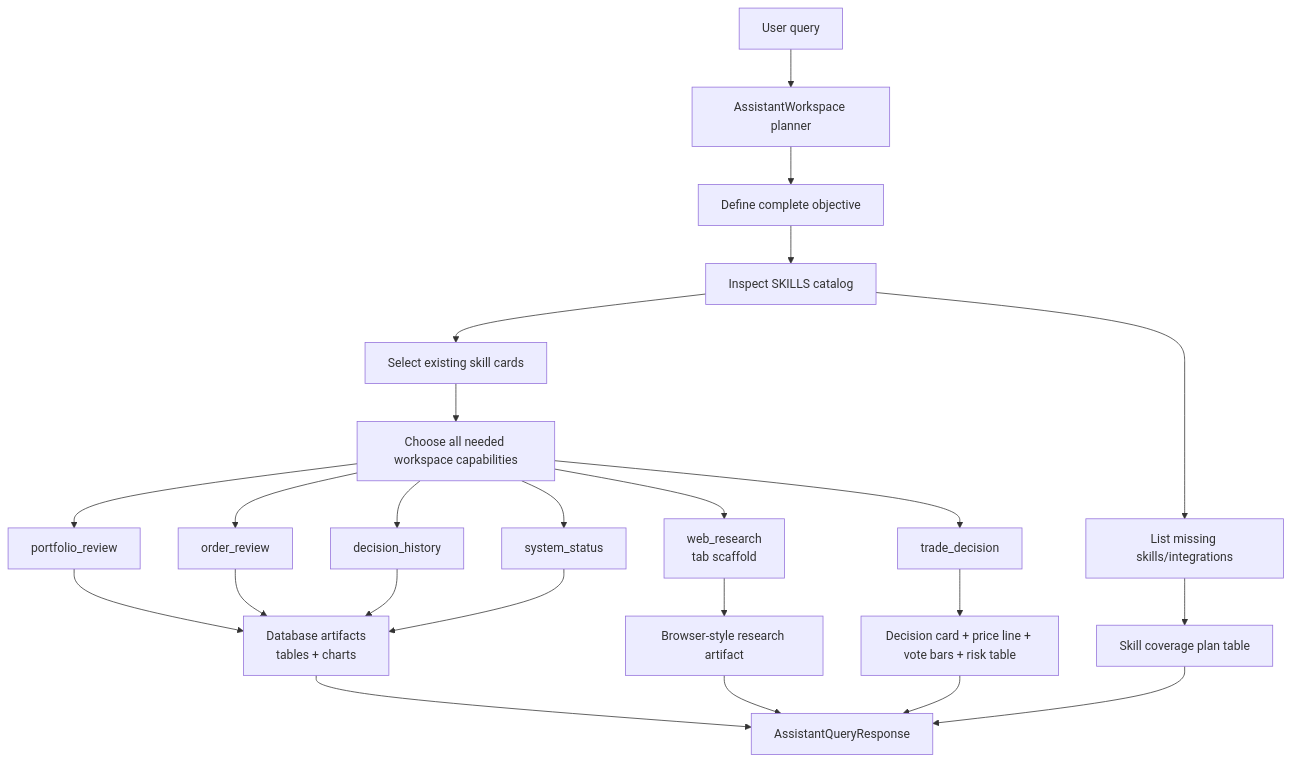
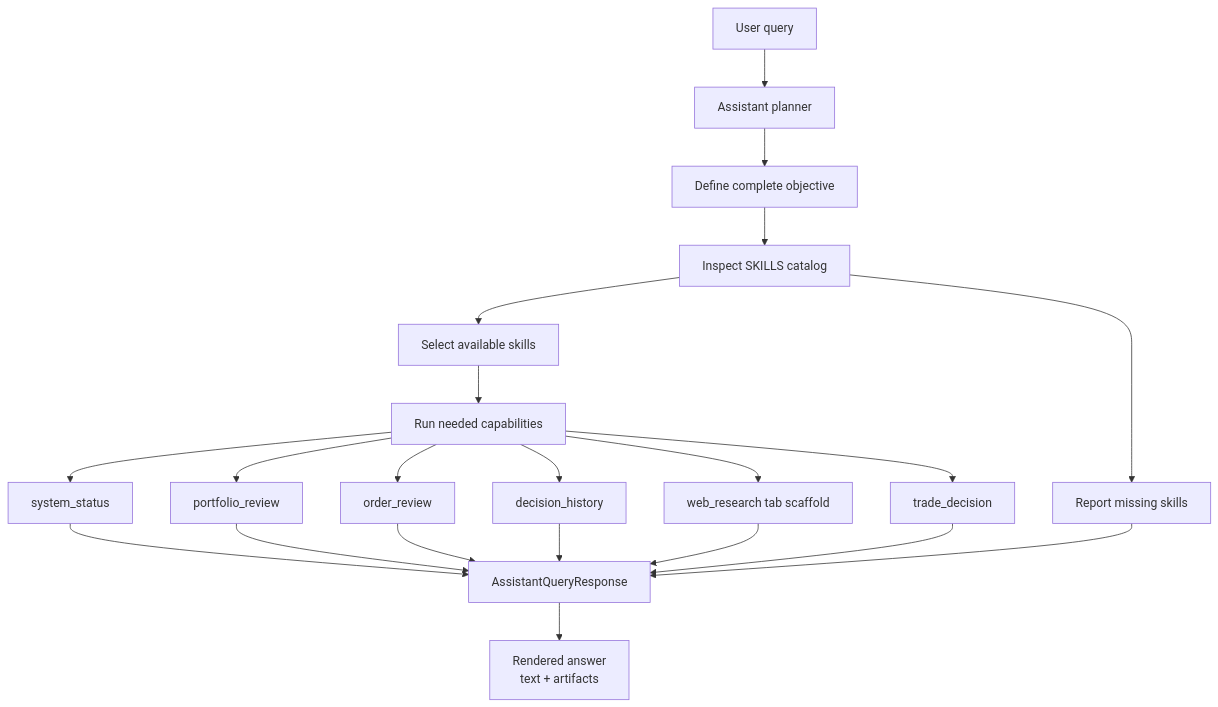
The second of 3 diagrams in README.md (dae9999nam/Trade-Pilot), drawn with Mermaid before and after one commit. The commit also changed other lines of this file and 9 other files, not shown here.

````diff
--- a/README.md
+++ b/README.md
@@ -73,29 +73,26 @@
 ```mermaid
 flowchart TD
-  Query["User query"] --> Planner["AssistantWorkspace planner"]
+  Query["User query"] --> Planner["Assistant planner"]
   Planner --> Objective["Define complete objective"]
-  Objective --> SkillCheck["Inspect SKILLS catalog"]
-  SkillCheck --> Existing["Select existing skill cards"]
-  SkillCheck --> Missing["List missing skills/integrations"]
-  Existing --> Capabilities["Choose all needed workspace capabilities"]
+  Objective --> SkillCatalog["Inspect SKILLS catalog"]
+  SkillCatalog --> ExistingSkills["Select available skills"]
+  SkillCatalog --> MissingSkills["Report missing skills"]
+  ExistingSkills --> Capabilities["Run needed capabilities"]
 
+  Capabilities --> Status["system_status"]
   Capabilities --> Portfolio["portfolio_review"]
   Capabilities --> Orders["order_review"]
   Capabilities --> History["decision_history"]
-  Capabilities --> Status["system_status"]
-  Capabilities --> WebResearch["web_research<br/>tab scaffold"]
+  Capabilities --> Research["web_research tab scaffold"]
   Capabilities --> Decision["trade_decision"]
 
-  Portfolio --> DBArtifacts["Database artifacts<br/>tables + charts"]
-  Orders --> DBArtifacts
-  History --> DBArtifacts
-  Status --> DBArtifacts
-  WebResearch --> ResearchArtifact["Browser-style research artifact"]
-  Decision --> DecisionArtifacts["Decision card + price line + vote bars + risk table"]
+  Status --> Response["AssistantQueryResponse"]
+  Portfolio --> Response
+  Orders --> Response
+  History --> Response
+  Research --> Response
+  Decision --> Response
+  MissingSkills --> Response
 
-  Missing --> Coverage["Skill coverage plan table"]
-  DBArtifacts --> Response["AssistantQueryResponse"]
-  ResearchArtifact --> Response
-  DecisionArtifacts --> Response
-  Coverage --> Response
+  Response --> UI["Rendered answer<br/>text + artifacts"]
 ```
````
